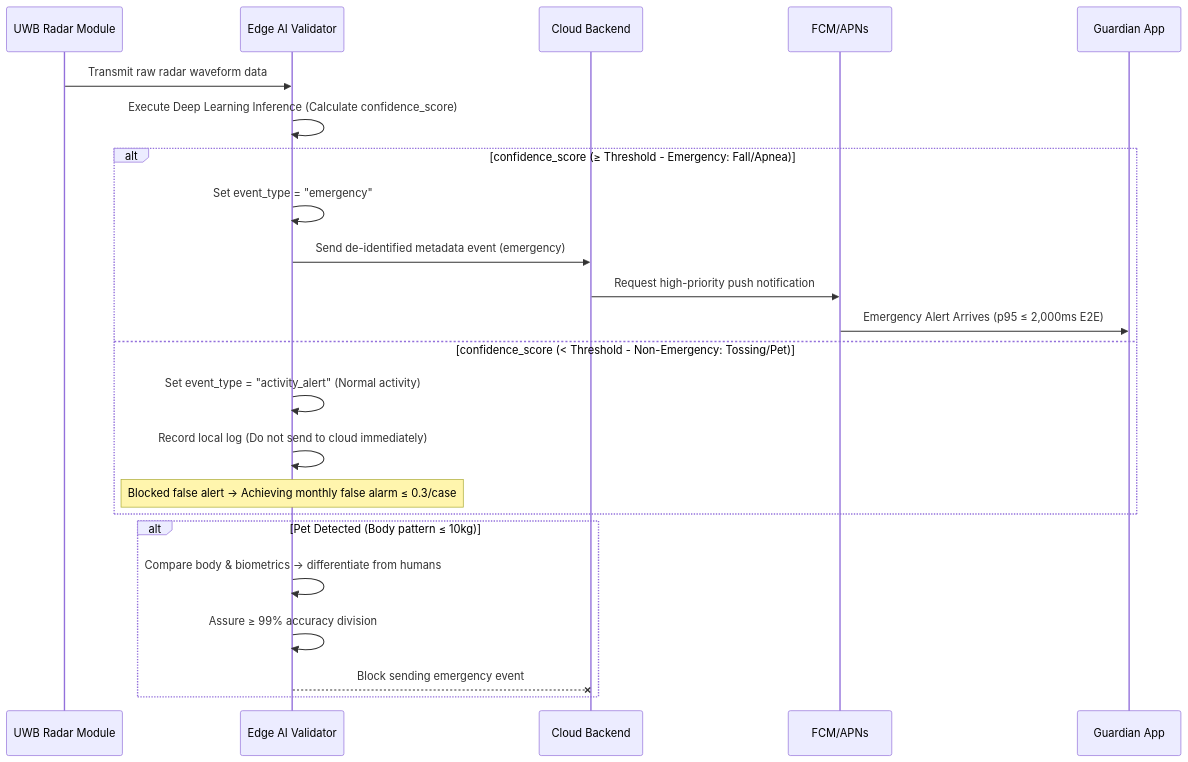
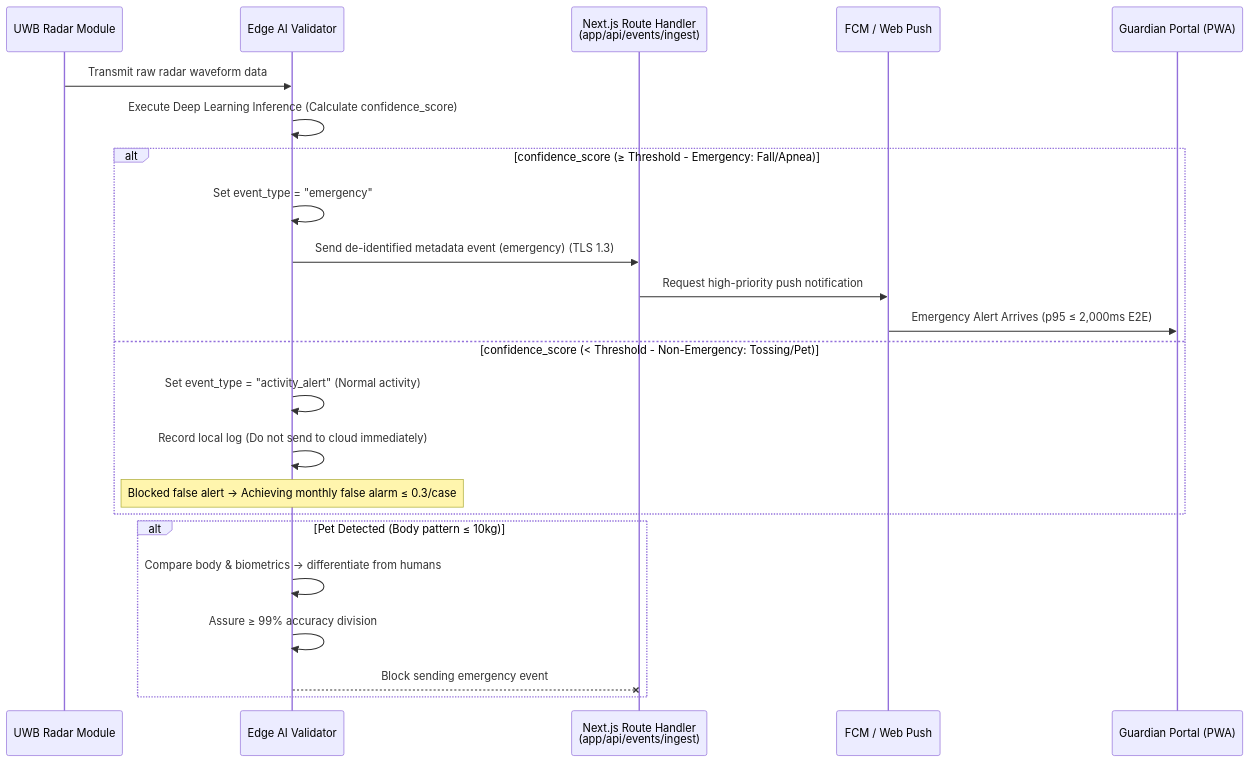
One commit to bugsmile/SRS-from-PRD_AmbieCARE changed the second of 11 diagrams in SRS-Draft/SRS_v01(ENG_OPUS).md. Above: the diagram before and after it, drawn with Mermaid. The commit also changed other lines of this file and 4 other files, not shown here.

````diff
--- a/SRS-Draft/SRS_v01(ENG_OPUS).md
+++ b/SRS-Draft/SRS_v01(ENG_OPUS).md
@@ -216,29 +283,29 @@
 ```mermaid
 sequenceDiagram
     participant R as UWB Radar Module
     participant E as Edge AI Validator
-    participant C as Cloud Backend
-    participant P as FCM/APNs
-    participant A as Guardian App
+    participant API as Next.js Route Handler<br/>(app/api/events/ingest)
+    participant PUSH as FCM / Web Push
+    participant PWA as Guardian Portal (PWA)
 
     R->>E: Transmit raw radar waveform data
 
     E->>E: Execute Deep Learning Inference (Calculate confidence_score)
 
     alt confidence_score (≥ Threshold - Emergency: Fall/Apnea)
         E->>E: Set event_type = "emergency"
-        E->>C: Send de-identified metadata event (emergency)
-        C->>P: Request high-priority push notification
-        P->>A: Emergency Alert Arrives (p95 ≤ 2,000ms E2E)
+        E->>API: Send de-identified metadata event (emergency) (TLS 1.3)
+        API->>PUSH: Request high-priority push notification
+        PUSH->>PWA: Emergency Alert Arrives (p95 ≤ 2,000ms E2E)
     else confidence_score (< Threshold - Non-Emergency: Tossing/Pet)
         E->>E: Set event_type = "activity_alert" (Normal activity)
         E->>E: Record local log (Do not send to cloud immediately)
         Note over E: Blocked false alert → Achieving monthly false alarm ≤ 0.3/case
     end
 
     alt Pet Detected (Body pattern ≤ 10kg)
         E->>E: Compare body & biometrics → differentiate from humans
         E->>E: Assure ≥ 99% accuracy division
-        E--xC: Block sending emergency event
+        E--xAPI: Block sending emergency event
     end
 ```
````
